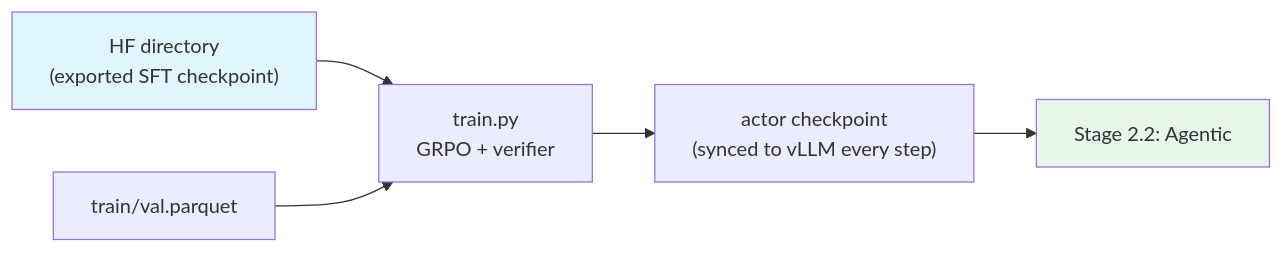
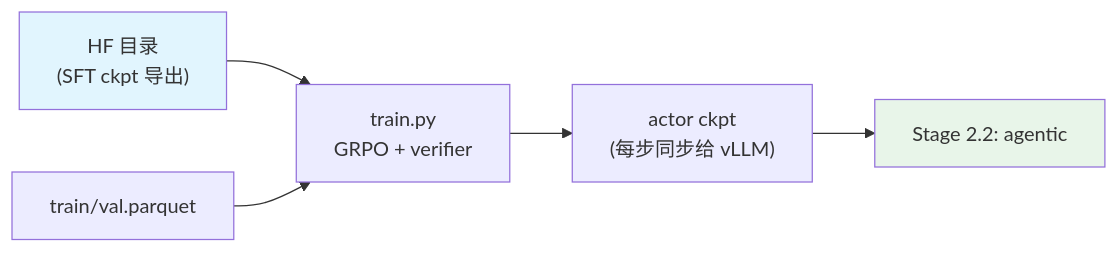
The diagram in src/shensi/recipes/shensi/stage2_rl/stage1_rlvr/README.md (zongzhilou/shensi), drawn with Mermaid before and after one commit. The commit also changed other lines of this file and 13 other files, not shown here.

````diff
--- a/src/shensi/recipes/shensi/stage2_rl/stage1_rlvr/README.md
+++ b/src/shensi/recipes/shensi/stage2_rl/stage1_rlvr/README.md
@@ -86,9 +87,8 @@
 ```mermaid
 flowchart LR
-    hf["HF directory<br/>(exported SFT checkpoint)"] --> tr["train.py<br/>GRPO + verifier"]
+    hf["HF 目录<br/>(SFT ckpt 导出)"] --> tr["train.py<br/>GRPO + verifier"]
     d["train/val.parquet"] --> tr
-    tr --> ckpt["actor checkpoint<br/>(synced to vLLM every step)"] --> next["Stage 2.2: Agentic"]
-
+    tr --> ckpt["actor ckpt<br/>(每步同步给 vLLM)"] --> next["Stage 2.2: agentic"]
     style hf fill:#e1f5fe
     style next fill:#e8f5e9
 ```
````
